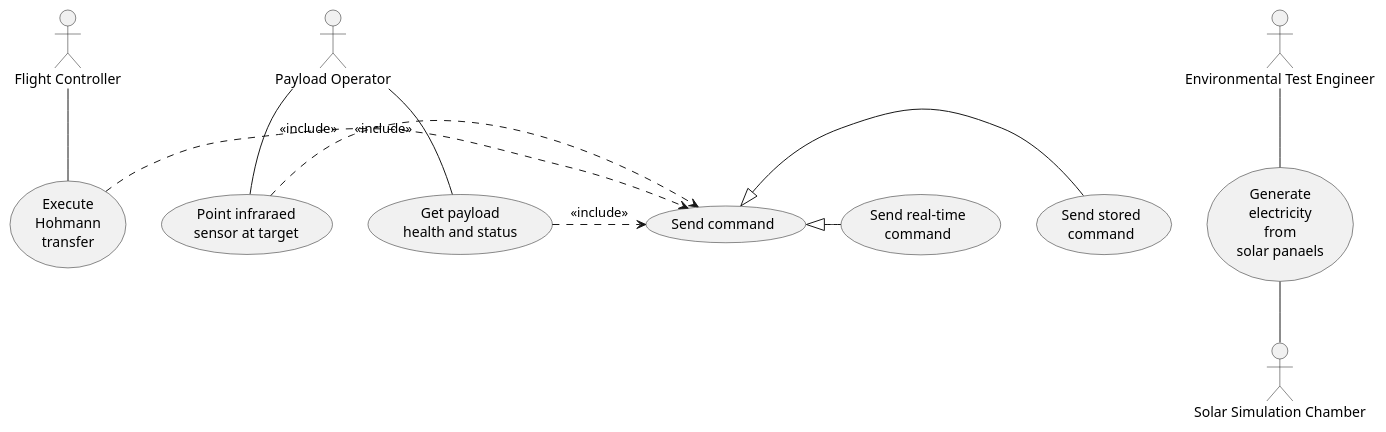
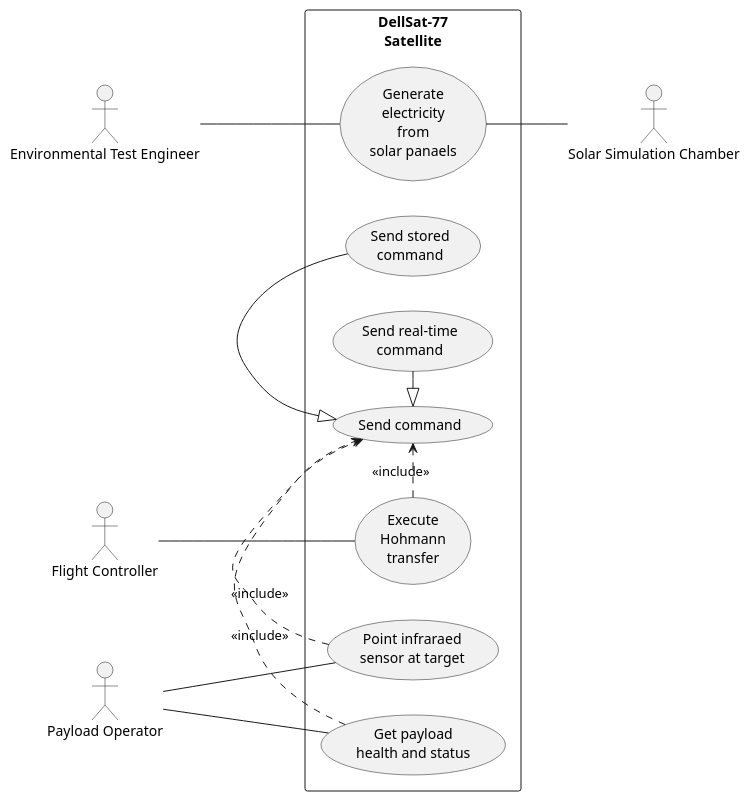
Before and after one commit to spacedecentral/Coral: the diagram in docs/CONOPS_TEMPLATE.adoc, drawn with PlantUML.

Commit message:
rearranged use case diagram: added left->right dir

```diff
--- a/docs/CONOPS_TEMPLATE.adoc
+++ b/docs/CONOPS_TEMPLATE.adoc
@@ -37,15 +37,24 @@
 [plantuml]
 ....
+left to right direction
+skinparam packageStyle rectangle
+actor :Environmental Test Engineer:
+actor :Flight Controller:
+actor :Payload Operator:
+actor :Solar Simulation Chamber:
+
+rectangle (DellSat-77\nSatellite) {
+left to right direction
 :Environmental Test Engineer: -- (Generate\nelectricity\nfrom\nsolar panaels)
 :Flight Controller: -- (Execute\nHohmann\ntransfer)
 :Payload Operator: -- (Point infraraed\nsensor at target)
 :Payload Operator: -- (Get payload\nhealth and status)
 
 (Execute\nHohmann\ntransfer) .> (Send command): <<include>>
 (Point infraraed\nsensor at target) .> (Send command): <<include>>
 (Get payload\nhealth and status) .> (Send command): <<include>>
 (Send command) <|- (Send stored\ncommand)
 (Send command) <|- (Send real-time\ncommand) 
-
 (Generate\nelectricity\nfrom\nsolar panaels) -- :Solar Simulation Chamber:
+}
 ....
```
